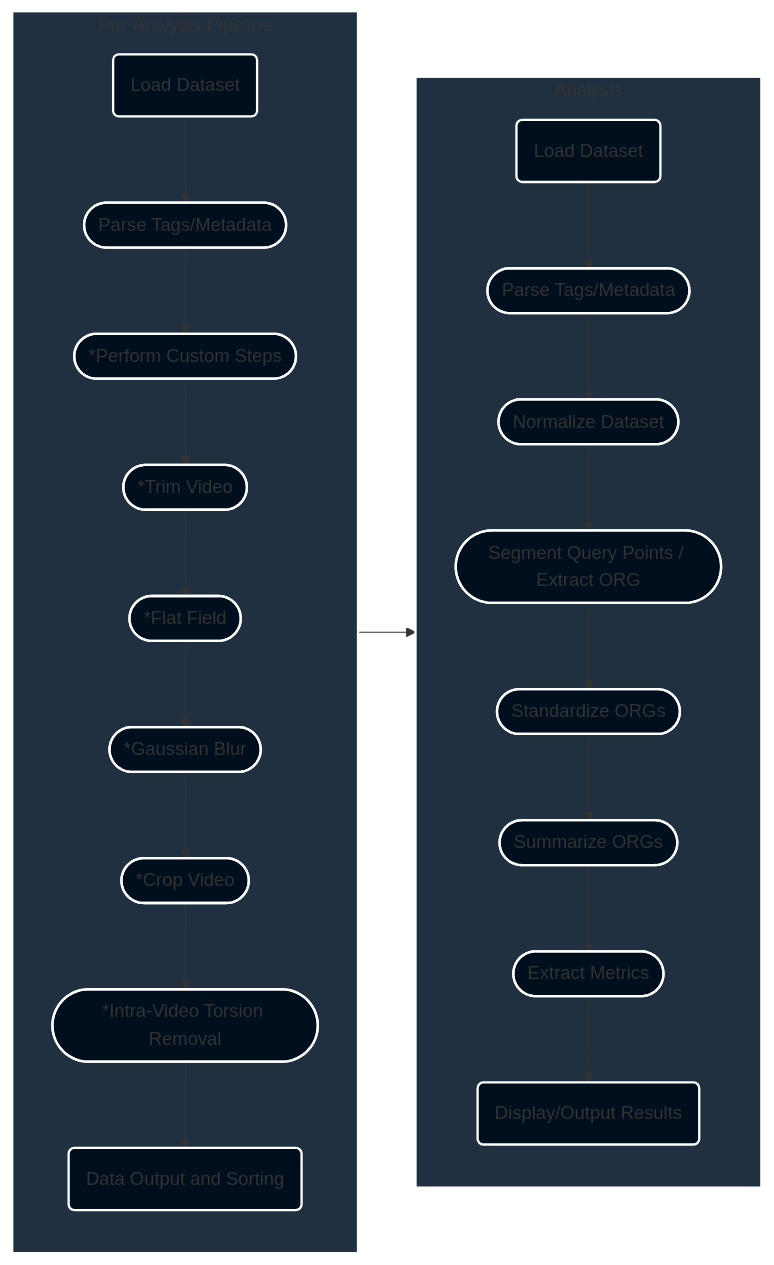
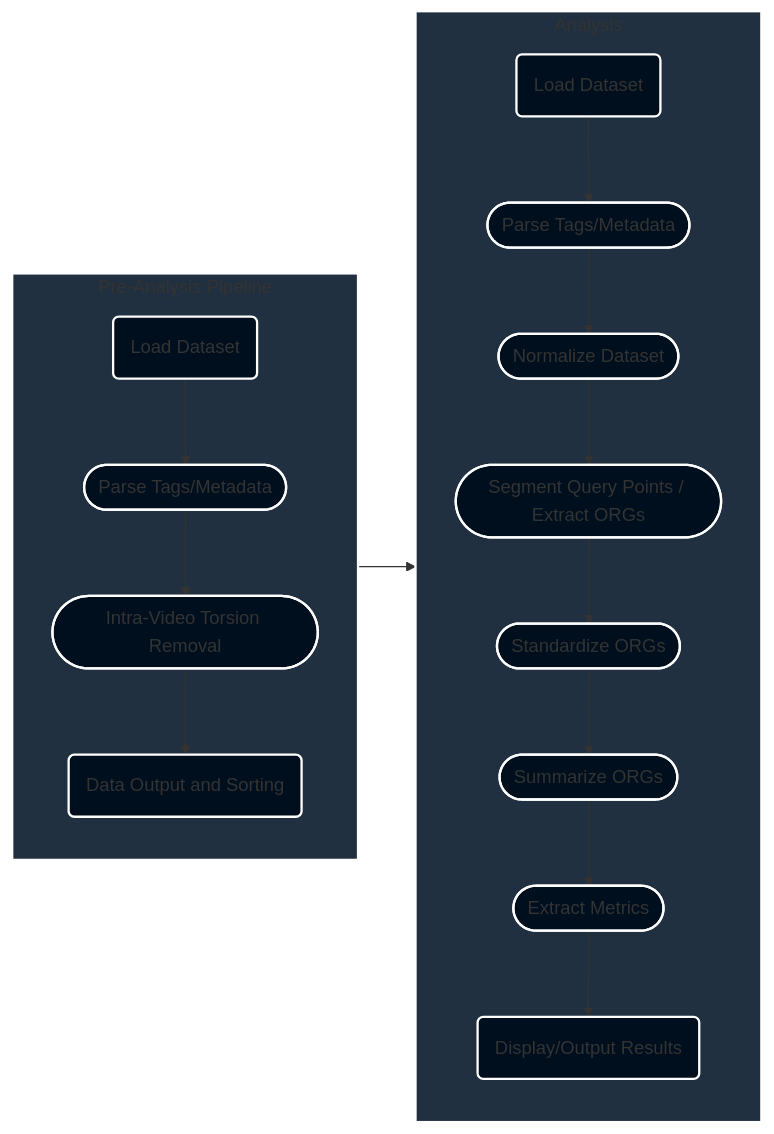
The diagram in README.md (OCVL/F-Cell), drawn with Mermaid before and after one commit. The commit also changed other lines of this file, not shown here.

````diff
--- a/README.md
+++ b/README.md
@@ -11,47 +11,42 @@
 ```mermaid
 flowchart LR
 
     subgraph preanalysis["Pre-Analysis Pipeline"]
         direction TB
     AA(Load Dataset) --> BB([Parse Tags/Metadata])
-    BB([Parse Tags/Metadata]) --> CC([*Perform Custom Steps]) 
-    CC([*Perform Custom Steps]) --> DD([*Trim Video]) 
-    DD([*Trim Video]) --> EE([*Flat Field]) 
-    EE([*Flat Field]) --> FF([*Gaussian Blur]) 
-    FF([*Gaussian Blur]) --> GG([*Crop Video]) 
-    GG([*Crop Video]) --> HH([*Intra-Video Torsion Removal])
-    HH([*Intra-Video Torsion Removal]) --> II(Data Output and Sorting)
+    BB([Parse Tags/Metadata]) --> HH([Intra-Video Torsion Removal])
+    HH([Intra-Video Torsion Removal]) --> II(Data Output and Sorting)
     end
 
     preanalysis --> analysis
 
     subgraph analysis["Analysis"]
         direction TB
     A(Load Dataset) --> B([Parse Tags/Metadata])
     B([Parse Tags/Metadata])  --> C([Normalize Dataset])
     C([Normalize Dataset])  --> D([Segment Query Points / Extract ORGs])
-    D([Segment Query Points / Extract ORG])  --> E([Standardize ORGs])
+    D([Segment Query Points / Extract ORGs])  --> E([Standardize ORGs])
     E([Standardize ORGs])  --> F([Summarize ORGs])
     F([Summarize ORGs])  --> G([Extract Metrics])
     G([Extract Metrics])  --> H(Display/Output Results)
     end
     
     click BB "https://github.com/OCVL/F-Cell/wiki/Advanced:-Tag-Parsing" "Tag Parsing"
     click CC "https://github.com/OCVL/F-Cell/wiki/Advanced:-Pre%E2%80%90Analysis-Pipeline#general-parameters" "Custom Steps"
     click DD "https://github.com/OCVL/F-Cell/wiki/Advanced:-Pre%E2%80%90Analysis-Pipeline#trimming" "Trim Video"
     click EE "https://github.com/OCVL/F-Cell/wiki/Advanced:-Pre%E2%80%90Analysis-Pipeline#flat-fielding" "Flat Field"
     click FF "https://github.com/OCVL/F-Cell/wiki/Advanced:-Pre%E2%80%90Analysis-Pipeline#blurring" "Blurring"
     click GG "https://github.com/OCVL/F-Cell/wiki/Advanced:-Pre%E2%80%90Analysis-Pipeline#roi-masking" "Crop Video"
     click HH "https://github.com/OCVL/F-Cell/wiki/Advanced:-Pre%E2%80%90Analysis-Pipeline#torsion-correction" "Intra-Video Torsion Removal"
 
     click B "https://github.com/OCVL/F-Cell/wiki/Advanced:-Tag-Parsing" "Tag Parsing"
     click C "https://github.com/OCVL/F-Cell/wiki/Advanced:-Analysis-Parameters#data-normalization" "Normalize Data"
     click D "https://github.com/OCVL/F-Cell/wiki/Advanced:-Analysis-Parameters#query-point-segmentation" "Query Point Segmentation"
     click E "https://github.com/OCVL/F-Cell/wiki/Advanced:-Analysis-Parameters#signal-standardization" "Standardization"
     click F "https://github.com/OCVL/F-Cell/wiki/Advanced:-Analysis-Parameters#org-summary" "Summarization"
     click G "https://github.com/OCVL/F-Cell/wiki/Advanced:-Analysis-Metrics" "Metrics"
     click H "https://github.com/OCVL/F-Cell/wiki/Advanced:-Analysis-Display-Parameters" "Display Results"
     style preanalysis fill:#203040, stroke:#FFFFFF, stroke-width:2px
     style analysis fill:#203040, stroke:#FFFFFF, stroke-width:2px
 classDef default fill:#000F1E, stroke:#FFFFFF, stroke-width:2px
 ```
````
